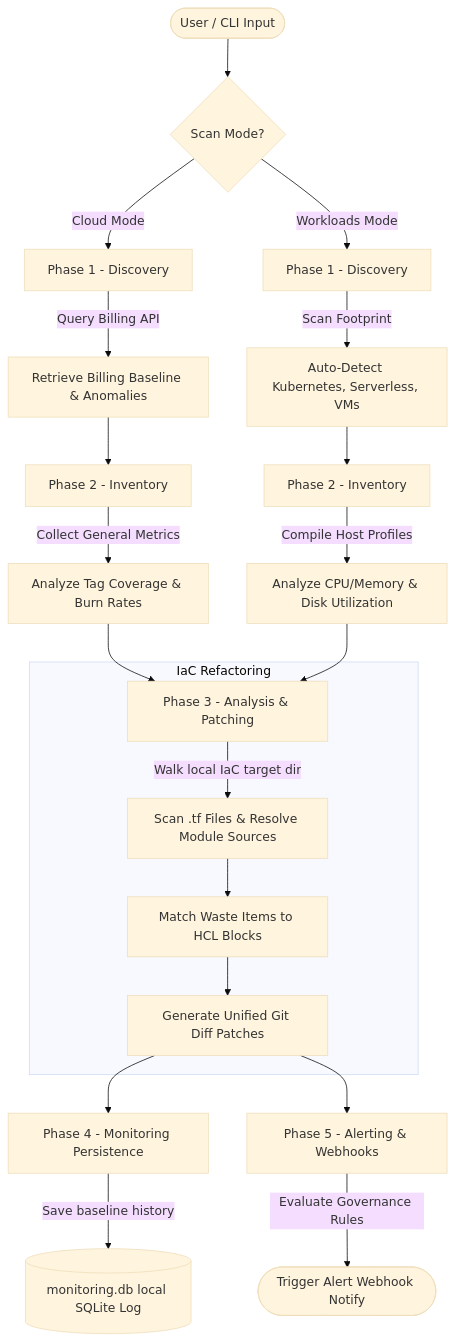
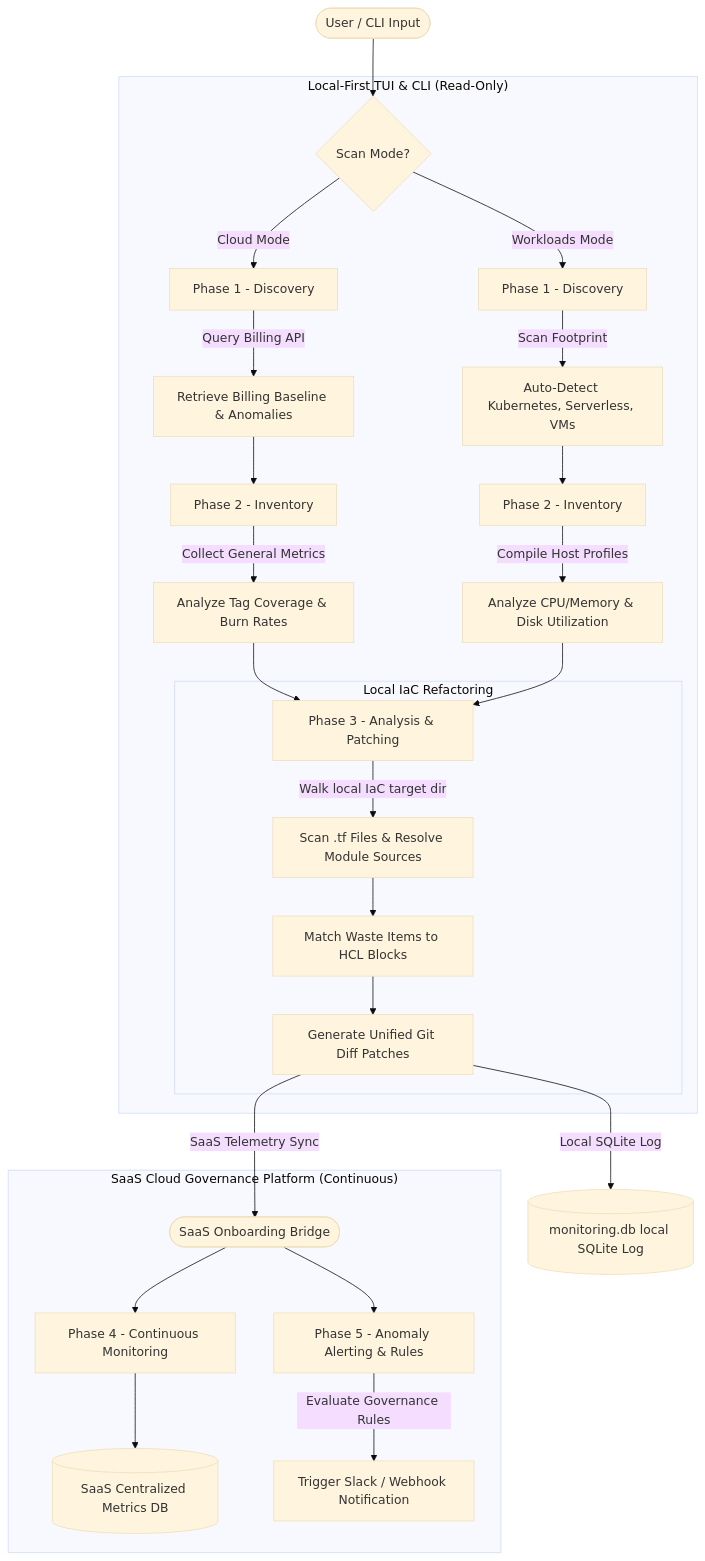
Before and after one commit to bruj0/finops_wizard: the diagram in README.md, drawn with Mermaid (base theme).

Commit message:
docs: separate local cli/tui from continuous saas service in diagram

````diff
--- a/README.md
+++ b/README.md
@@ -9,31 +9,40 @@
 ```mermaid
 flowchart TD
     Start([User / CLI Input]) --> SelectMode{Scan Mode?}
     
-    %% Cloud Mode Path
-    SelectMode -->|Cloud Mode| Phase1C["Phase 1 - Discovery"]
-    Phase1C -->|Query Billing API| Baseline[Retrieve Billing Baseline & Anomalies]
-    Baseline --> Phase2C["Phase 2 - Inventory"]
-    Phase2C -->|Collect General Metrics| TagCoverage[Analyze Tag Coverage & Burn Rates]
-    
-    %% Workloads Mode Path
-    SelectMode -->|Workloads Mode| Phase1W["Phase 1 - Discovery"]
-    Phase1W -->|Scan Footprint| DetectWorkloads[Auto-Detect Kubernetes, Serverless, VMs]
-    DetectWorkloads --> Phase2W["Phase 2 - Inventory"]
-    Phase2W -->|Compile Host Profiles| Utilization[Analyze CPU/Memory & Disk Utilization]
-    
-    %% Shared Pipelining
-    TagCoverage & Utilization --> Phase3["Phase 3 - Analysis & Patching"]
-    
-    subgraph IaC Refactoring
-        Phase3 -->|Walk local IaC target dir| FindTF[Scan .tf Files & Resolve Module Sources]
-        FindTF --> MatchBlocks[Match Waste Items to HCL Blocks]
-        MatchBlocks --> GeneratePatches[Generate Unified Git Diff Patches]
+    subgraph Local TUI & CLI ["Local-First TUI & CLI (Read-Only)"]
+        %% Cloud Mode Path
+        SelectMode -->|Cloud Mode| Phase1C["Phase 1 - Discovery"]
+        Phase1C -->|Query Billing API| Baseline[Retrieve Billing Baseline & Anomalies]
+        Baseline --> Phase2C["Phase 2 - Inventory"]
+        Phase2C -->|Collect General Metrics| TagCoverage[Analyze Tag Coverage & Burn Rates]
+        
+        %% Workloads Mode Path
+        SelectMode -->|Workloads Mode| Phase1W["Phase 1 - Discovery"]
+        Phase1W -->|Scan Footprint| DetectWorkloads[Auto-Detect Kubernetes, Serverless, VMs]
+        DetectWorkloads --> Phase2W["Phase 2 - Inventory"]
+        Phase2W -->|Compile Host Profiles| Utilization[Analyze CPU/Memory & Disk Utilization]
+        
+        %% Shared Pipelining
+        TagCoverage & Utilization --> Phase3["Phase 3 - Analysis & Patching"]
+        
+        subgraph IaC Refactoring ["Local IaC Refactoring"]
+            Phase3 -->|Walk local IaC target dir| FindTF[Scan .tf Files & Resolve Module Sources]
+            FindTF --> MatchBlocks[Match Waste Items to HCL Blocks]
+            MatchBlocks --> GeneratePatches[Generate Unified Git Diff Patches]
+        end
     end
     
-    GeneratePatches --> Phase4["Phase 4 - Monitoring Persistence"]
-    Phase4 -->|Save baseline history| SQLite[(monitoring.db local SQLite Log)]
+    GeneratePatches -->|Local SQLite Log| SQLite[(monitoring.db local SQLite Log)]
     
-    GeneratePatches --> Phase5["Phase 5 - Alerting & Webhooks"]
-    Phase5 -->|Evaluate Governance Rules| Webhook([Trigger Alert Webhook Notify])
+    %% SaaS Platform Path
+    GeneratePatches -->|SaaS Telemetry Sync| SaaSBoundary
+    
+    subgraph SaaS Service ["SaaS Cloud Governance Platform (Continuous)"]
+        SaaSBoundary([SaaS Onboarding Bridge]) --> Phase4["Phase 4 - Continuous Monitoring"]
+        Phase4 --> SaaSDB[(SaaS Centralized Metrics DB)]
+        
+        SaaSBoundary --> Phase5["Phase 5 - Anomaly Alerting & Rules"]
+        Phase5 -->|Evaluate Governance Rules| SlackNotify[Trigger Slack / Webhook Notification]
+    end
 ```
````
